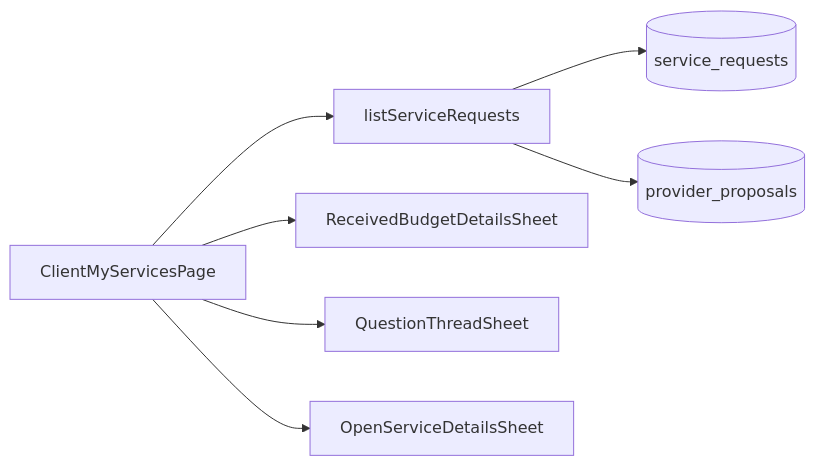
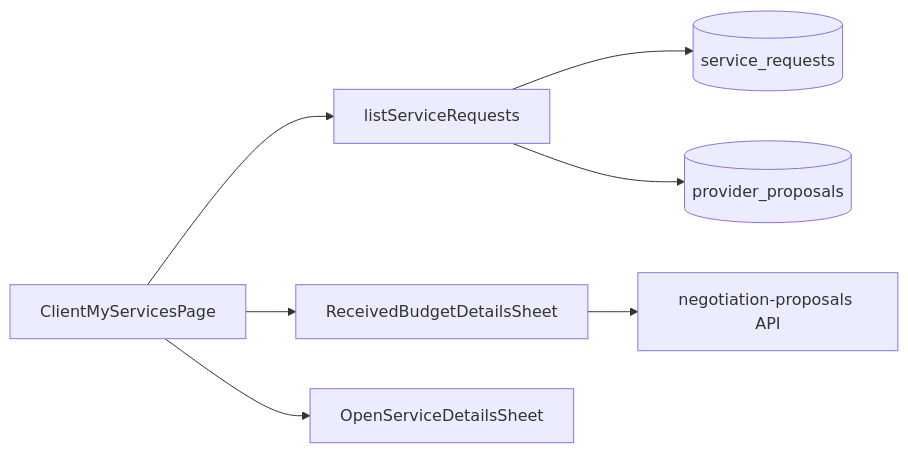
Before and after one commit to higorpo/renovi-orbit-test: the diagram in docs/business/modulos/client-my-services/features/solicitacoes-do-cliente.md, drawn with Mermaid. The commit also changed other lines of this file and 107 other files, not shown here.

````diff
--- a/docs/business/modulos/client-my-services/features/solicitacoes-do-cliente.md
+++ b/docs/business/modulos/client-my-services/features/solicitacoes-do-cliente.md
@@ -170,9 +174,9 @@
 ```mermaid
 flowchart LR
   P[ClientMyServicesPage] --> L[listServiceRequests]
   P --> B[ReceivedBudgetDetailsSheet]
-  P --> Q[QuestionThreadSheet]
   P --> D[OpenServiceDetailsSheet]
+  B --> NP[negotiation-proposals API]
   L --> SR[(service_requests)]
   L --> PP[(provider_proposals)]
 ```
````
